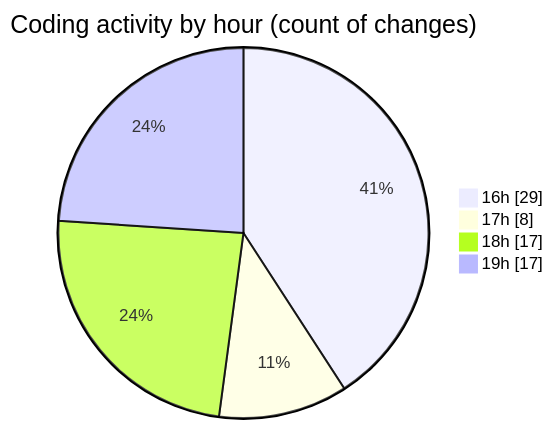
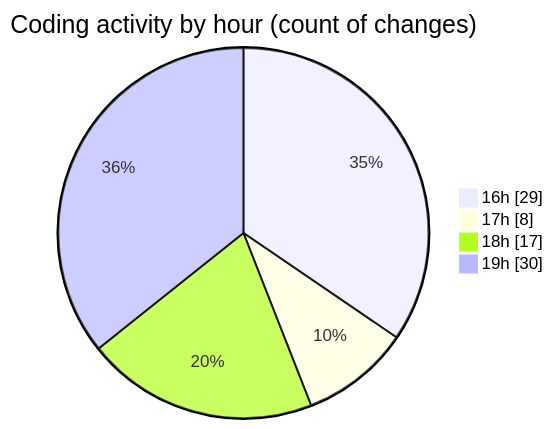
The second of 2 diagrams in 2025-11-01/skintrack/README.md (Netris89/code-tracking), drawn with Mermaid before and after one commit. The commit also changed other lines of this file and 1 other file, not shown here.

````diff
--- a/2025-11-01/skintrack/README.md
+++ b/2025-11-01/skintrack/README.md
@@ -34,8 +35,8 @@
 ```mermaid
 pie showData
 title Coding activity by hour (count of changes)
 "16h" : 29
 "17h" : 8
 "18h" : 17
-"19h" : 17
+"19h" : 30
 ```
````
